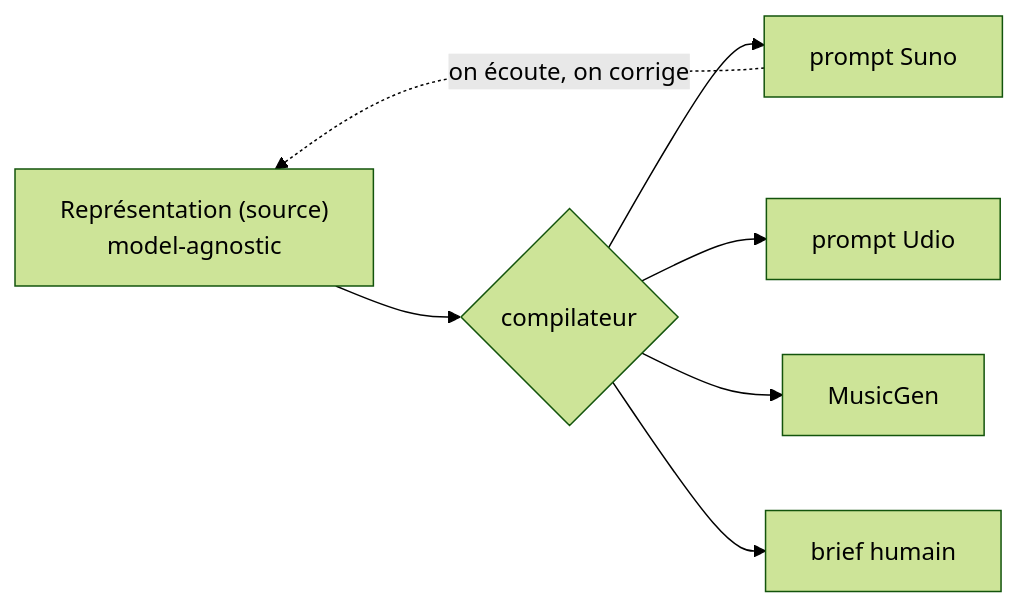
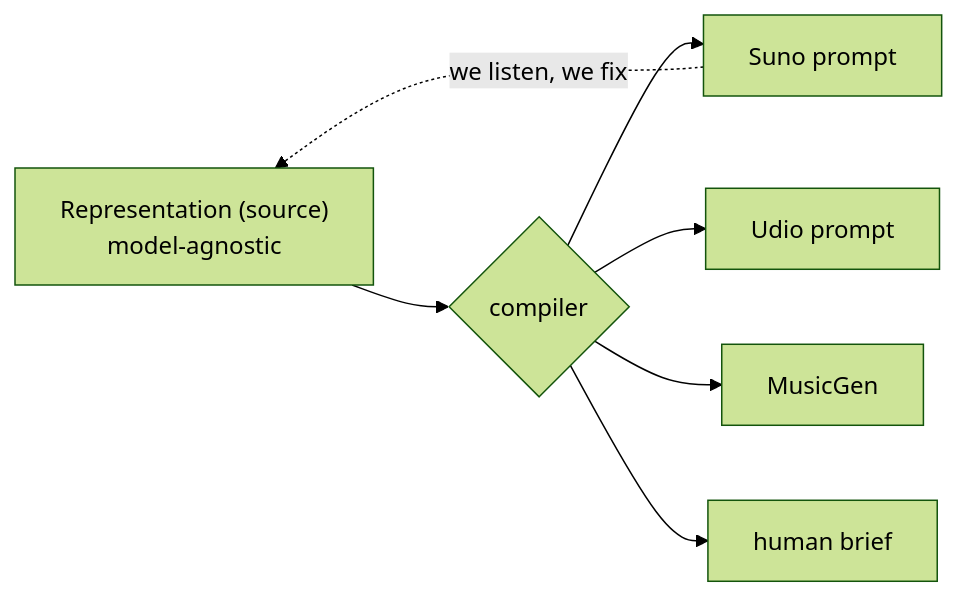
The first of 5 diagrams in process/exemples-et-schemas.md (trivoallan/le-malentendu), drawn with Mermaid (forest theme) before and after one commit. The commit also changed other lines of this file and 12 other files, not shown here.

````diff
--- a/process/exemples-et-schemas.md
+++ b/process/exemples-et-schemas.md
@@ -13,9 +16,9 @@
 ```mermaid
 flowchart LR
-  R["Représentation (source)<br/>model-agnostic"] --> C{"compilateur"}
-  C --> S["prompt Suno"]
-  C --> U["prompt Udio"]
+  R["Representation (source)<br/>model-agnostic"] --> C{"compiler"}
+  C --> S["Suno prompt"]
+  C --> U["Udio prompt"]
   C --> M["MusicGen"]
-  C --> H["brief humain"]
-  S -. "on écoute, on corrige" .-> R
+  C --> H["human brief"]
+  S -. "we listen, we fix" .-> R
 ```
````
